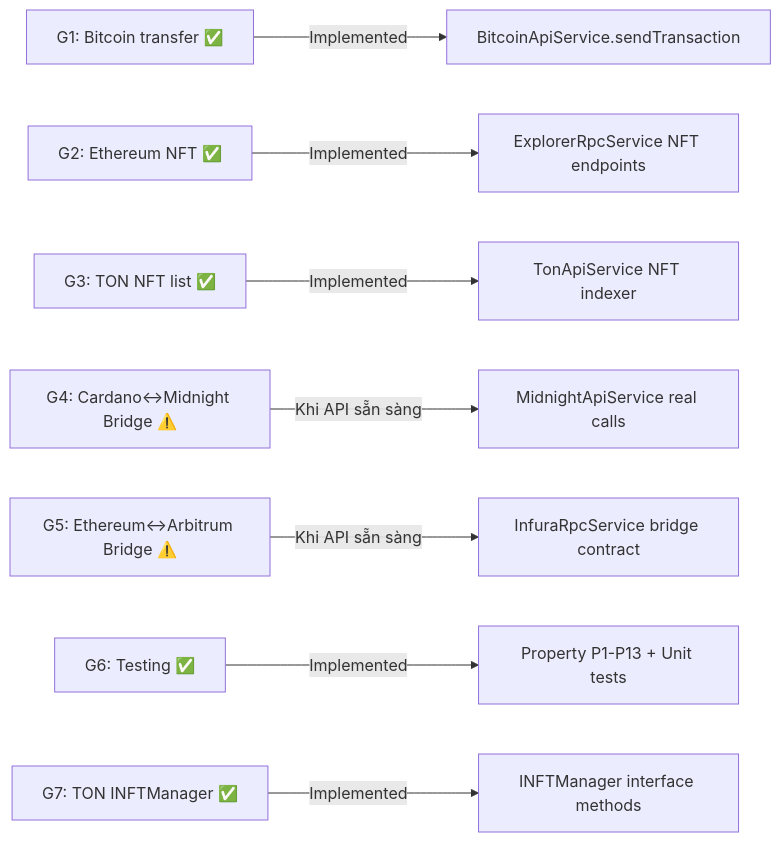
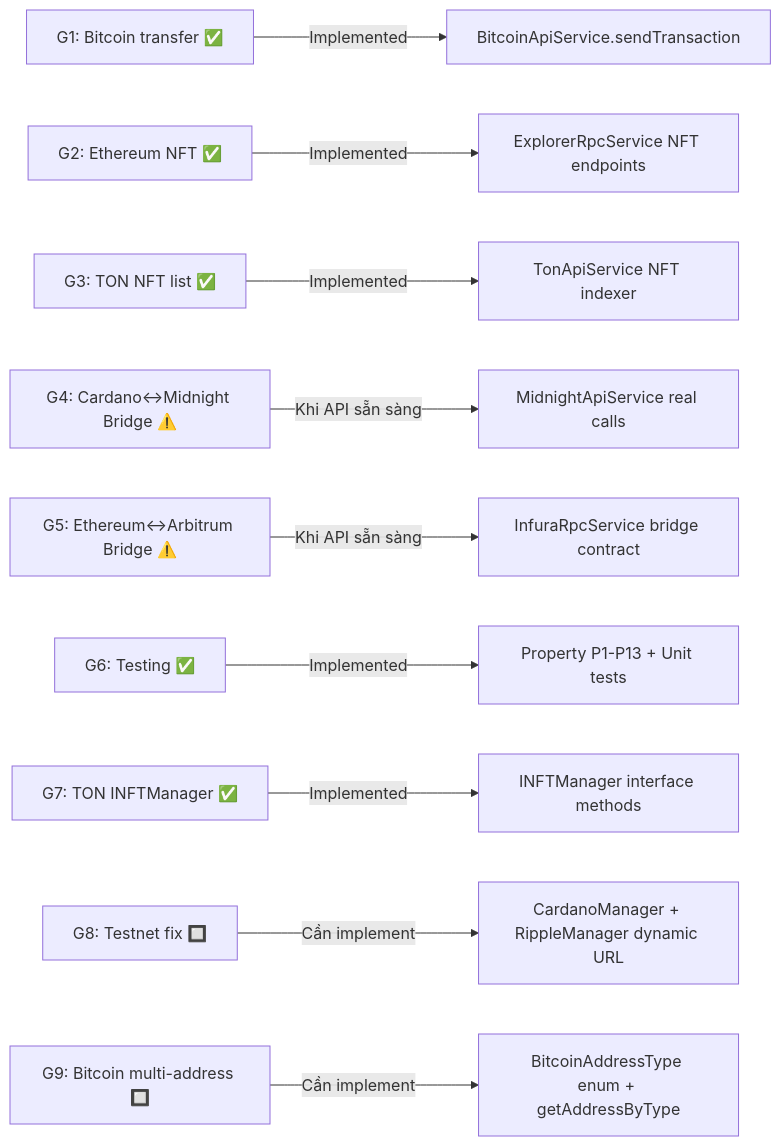
The second of 3 diagrams in .kiro/specs/crypto-wallet-module/design.md (innfocus/cryptowallet), drawn with Mermaid before and after one commit. The commit also changed other lines of this file and 22 other files, not shown here.

````diff
--- a/.kiro/specs/crypto-wallet-module/design.md
+++ b/.kiro/specs/crypto-wallet-module/design.md
@@ -79,10 +83,12 @@
 ```mermaid
 flowchart LR
     G1[G1: Bitcoin transfer ✅] --> |Implemented| BTC_API[BitcoinApiService.sendTransaction]
     G2[G2: Ethereum NFT ✅] --> |Implemented| ETH_NFT[ExplorerRpcService NFT endpoints]
     G3[G3: TON NFT list ✅] --> |Implemented| TON_NFT[TonApiService NFT indexer]
     G4[G4: Cardano↔Midnight Bridge ⚠️] --> |Khi API sẵn sàng| MID_API[MidnightApiService real calls]
     G5[G5: Ethereum↔Arbitrum Bridge ⚠️] --> |Khi API sẵn sàng| ARB_API[InfuraRpcService bridge contract]
     G6[G6: Testing ✅] --> |Implemented| TESTS[Property P1-P13 + Unit tests]
     G7[G7: TON INFTManager ✅] --> |Implemented| TON_INFT[INFTManager interface methods]
+    G8[G8: Testnet fix 🔲] --> |Cần implement| TESTNET_FIX[CardanoManager + RippleManager dynamic URL]
+    G9[G9: Bitcoin multi-address 🔲] --> |Cần implement| BTC_ADDR[BitcoinAddressType enum + getAddressByType]
 ```
````
